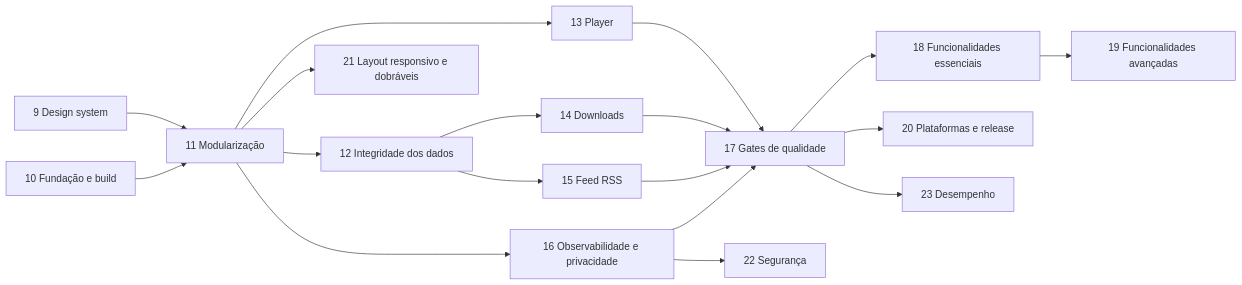
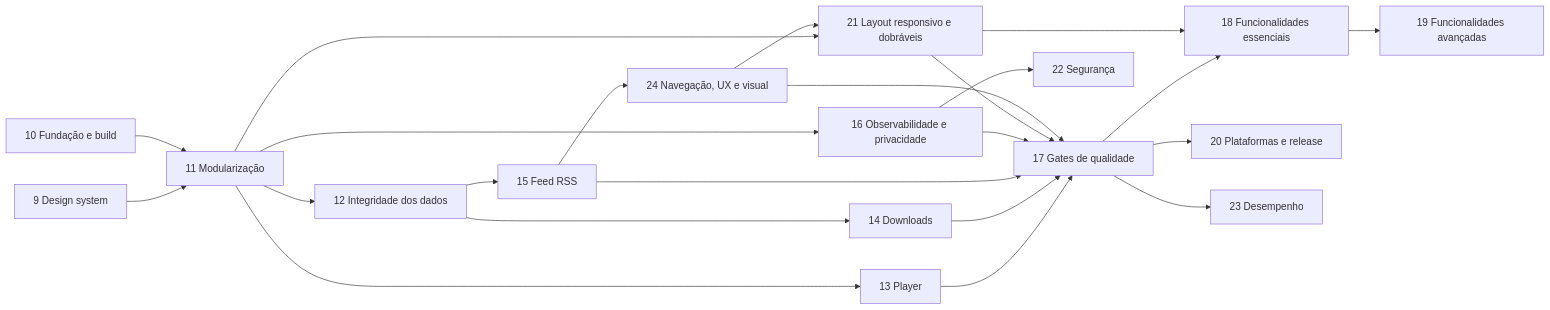
One commit to rcleandro/Multiplatform-Podcast changed the diagram in docs/ROADMAP_MELHORIAS.md. Above: the diagram before and after it, drawn with Mermaid. The commit also changed other lines of this file, not shown here.

Commit message:
docs: add phase 24, reorder the roadmap and split the watch item

````diff
--- a/docs/ROADMAP_MELHORIAS.md
+++ b/docs/ROADMAP_MELHORIAS.md
@@ -40,20 +42,25 @@
 ```mermaid
 graph LR
     F9[9 Design system] --> F11[11 Modularização]
     F10[10 Fundação e build] --> F11
     F11 --> F12[12 Integridade dos dados]
     F11 --> F13[13 Player]
     F12 --> F14[14 Downloads]
     F12 --> F15[15 Feed RSS]
     F11 --> F16[16 Observabilidade e privacidade]
     F13 --> F17[17 Gates de qualidade]
     F14 --> F17
     F15 --> F17
     F16 --> F17
     F17 --> F18[18 Funcionalidades essenciais]
     F18 --> F19[19 Funcionalidades avançadas]
     F17 --> F20[20 Plataformas e release]
     F11 --> F21[21 Layout responsivo e dobráveis]
     F16 --> F22[22 Segurança]
     F17 --> F23[23 Desempenho]
+    F15 --> F24[24 Navegação, UX e visual]
+    F24 --> F21
+    F21 --> F17
+    F24 --> F17
+    F21 --> F18
 ```
````
